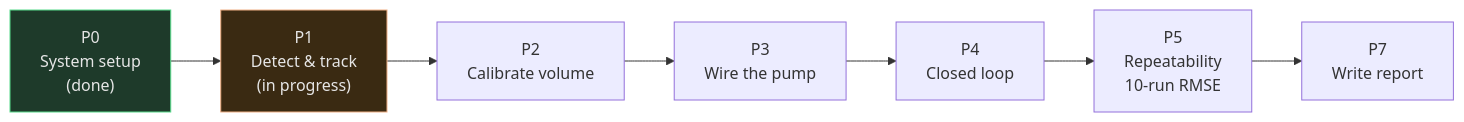
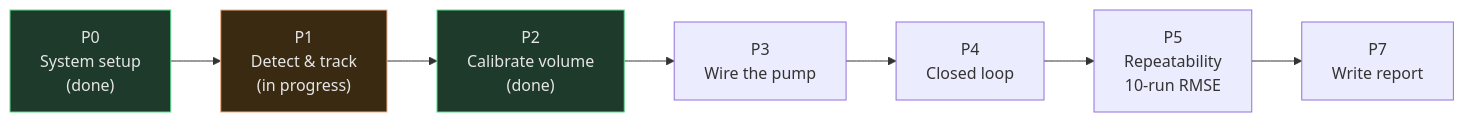
Before and after one commit to Cherrpxp/extractlab: the diagram in docs/developments/01_roadmap.md, drawn with Mermaid. The commit also changed other lines of this file and 5 other files, not shown here.

First line of the commit message:
docs: sync roadmap/milestones/sprints/stories/sprint-backlog and README with P2 closing

````diff
--- a/docs/developments/01_roadmap.md
+++ b/docs/developments/01_roadmap.md
@@ -19,14 +19,15 @@
 ```mermaid
 flowchart LR
     P0["P0\nSystem setup\n(done)"] --> P1["P1\nDetect & track\n(in progress)"]
-    P1 --> P2["P2\nCalibrate volume"]
+    P1 --> P2["P2\nCalibrate volume\n(done)"]
     P2 --> P3["P3\nWire the pump"]
     P3 --> P4["P4\nClosed loop"]
     P4 --> P5["P5\nRepeatability\n10-run RMSE"]
     P5 --> P7["P7\nWrite report"]
 
     classDef done fill:#1e3a2a,stroke:#57d98a,color:#e6e6e6
     classDef active fill:#3a2a12,stroke:#f0b085,color:#e6e6e6
     class P0 done
     class P1 active
+    class P2 done
 ```
````
